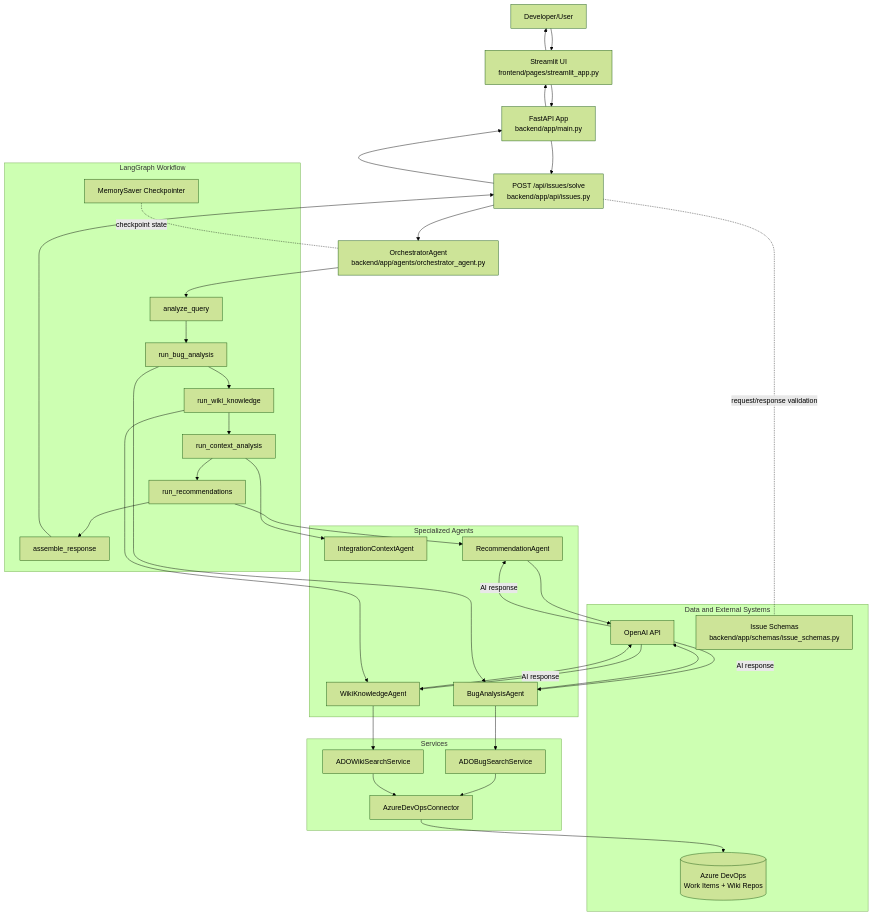
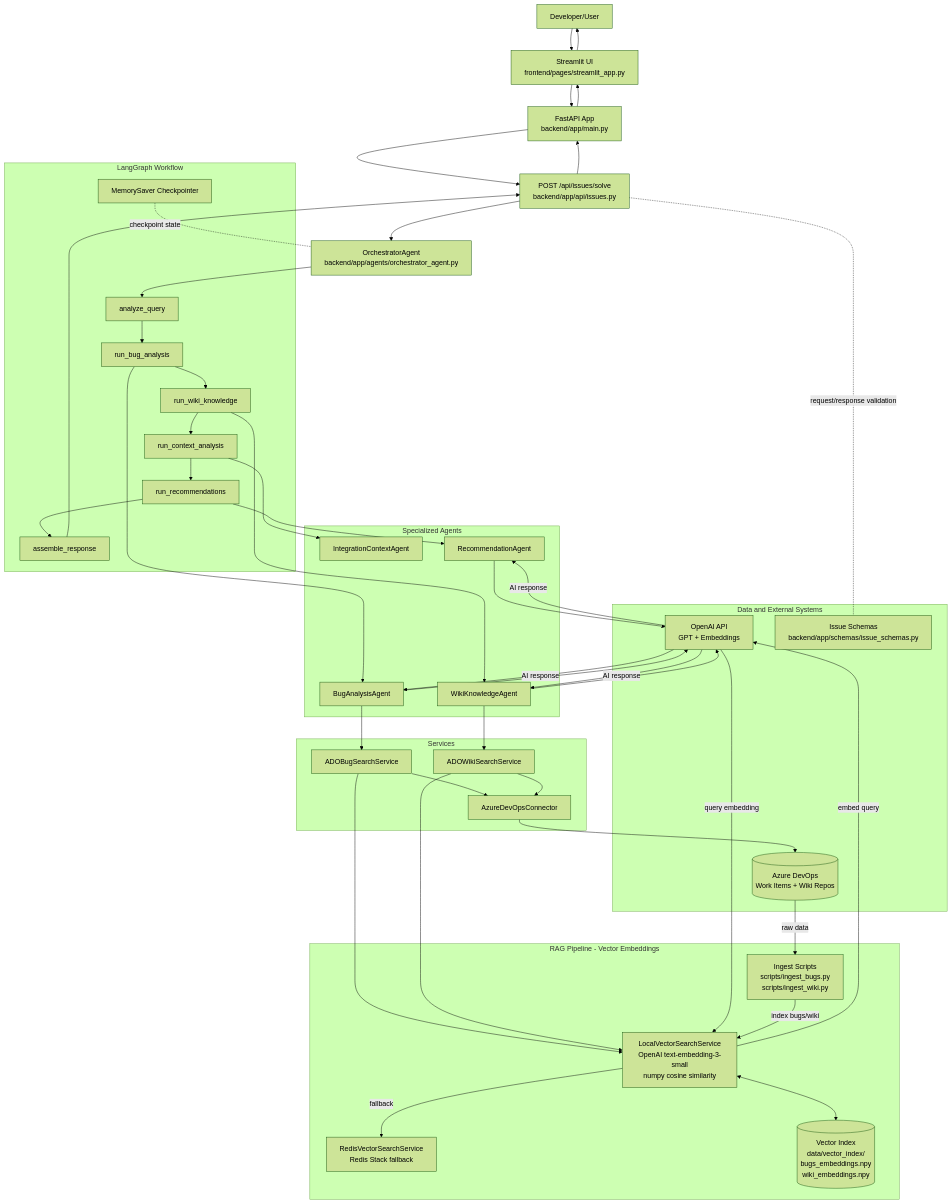
The diagram in docs/architecture.mmd (mbighane/ErrorLens--AI-Powered-Issue-Advisor), drawn with Mermaid (forest theme) before and after one commit. The commit also changed 1 other file, not shown here.

Commit message:
Add RAG pipeline and vector embeddings to architecture diagram

```diff
--- a/docs/architecture.mmd
+++ b/docs/architecture.mmd
@@ -1,54 +1,72 @@
 graph TB
     U[Developer/User]
     ST[Streamlit UI<br/>frontend/pages/streamlit_app.py]
     API[FastAPI App<br/>backend/app/main.py]
     EP[POST /api/issues/solve<br/>backend/app/api/issues.py]
     ORCH[OrchestratorAgent<br/>backend/app/agents/orchestrator_agent.py]
 
     subgraph LG[LangGraph Workflow]
         N1[analyze_query]
         N2[run_bug_analysis]
         N3[run_wiki_knowledge]
         N4[run_context_analysis]
         N5[run_recommendations]
         N6[assemble_response]
         CP[MemorySaver Checkpointer]
     end
 
     subgraph AG[Specialized Agents]
         BA[BugAnalysisAgent]
         WA[WikiKnowledgeAgent]
         CA[IntegrationContextAgent]
         RA[RecommendationAgent]
     end
 
     subgraph SV[Services]
         BS[ADOBugSearchService]
         WS[ADOWikiSearchService]
         ADOC[AzureDevOpsConnector]
     end
 
+    subgraph RAG[RAG Pipeline - Vector Embeddings]
+        LV[LocalVectorSearchService<br/>OpenAI text-embedding-3-small<br/>numpy cosine similarity]
+        RV[RedisVectorSearchService<br/>Redis Stack fallback]
+        VI[(Vector Index<br/>data/vector_index/<br/>bugs_embeddings.npy<br/>wiki_embeddings.npy)]
+        ING[Ingest Scripts<br/>scripts/ingest_bugs.py<br/>scripts/ingest_wiki.py]
+    end
+
     subgraph DM[Data and External Systems]
         ADO[(Azure DevOps<br/>Work Items + Wiki Repos)]
-        OPENAI[OpenAI API]
+        OPENAI[OpenAI API<br/>GPT + Embeddings]
         SC[Issue Schemas<br/>backend/app/schemas/issue_schemas.py]
     end
 
     U --> ST --> API --> EP --> ORCH
     EP -. request/response validation .- SC
 
     ORCH --> N1 --> N2 --> N3 --> N4 --> N5 --> N6
     CP -. checkpoint state .- ORCH
 
-    N2 --> BA --> BS --> ADOC --> ADO
-    N3 --> WA --> WS --> ADOC
+    N2 --> BA --> BS
+    N3 --> WA --> WS
     N4 --> CA
     N5 --> RA
+
+    BS --> LV
+    WS --> LV
+    LV -- embed query --> OPENAI
+    OPENAI -- query embedding --> LV
+    LV <--> VI
+    LV -- fallback --> RV
+    BS --> ADOC --> ADO
+    WS --> ADOC
+    ING -- index bugs/wiki --> LV
+    ADO -- raw data --> ING
 
     BA --> OPENAI
     WA --> OPENAI
     RA --> OPENAI
     OPENAI -- AI response --> BA
     OPENAI -- AI response --> WA
     OPENAI -- AI response --> RA
     N6 --> EP --> API --> ST --> U
```
